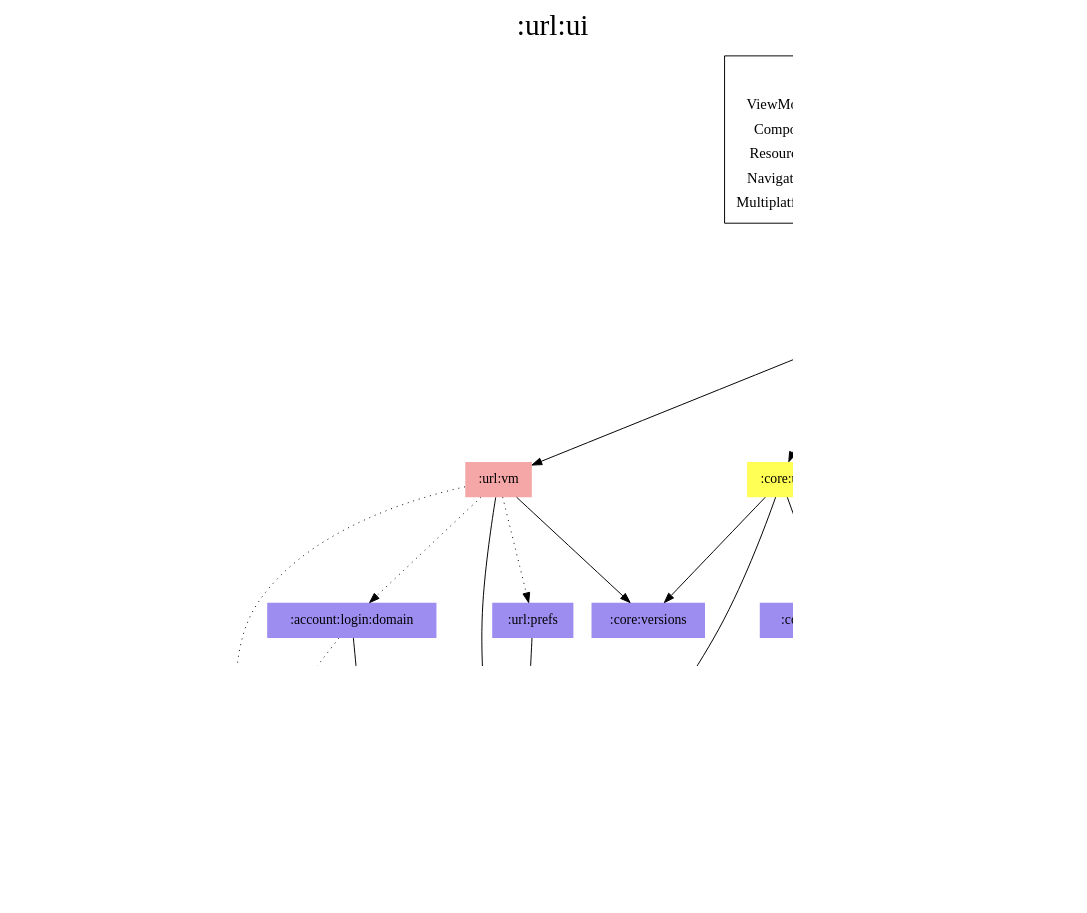
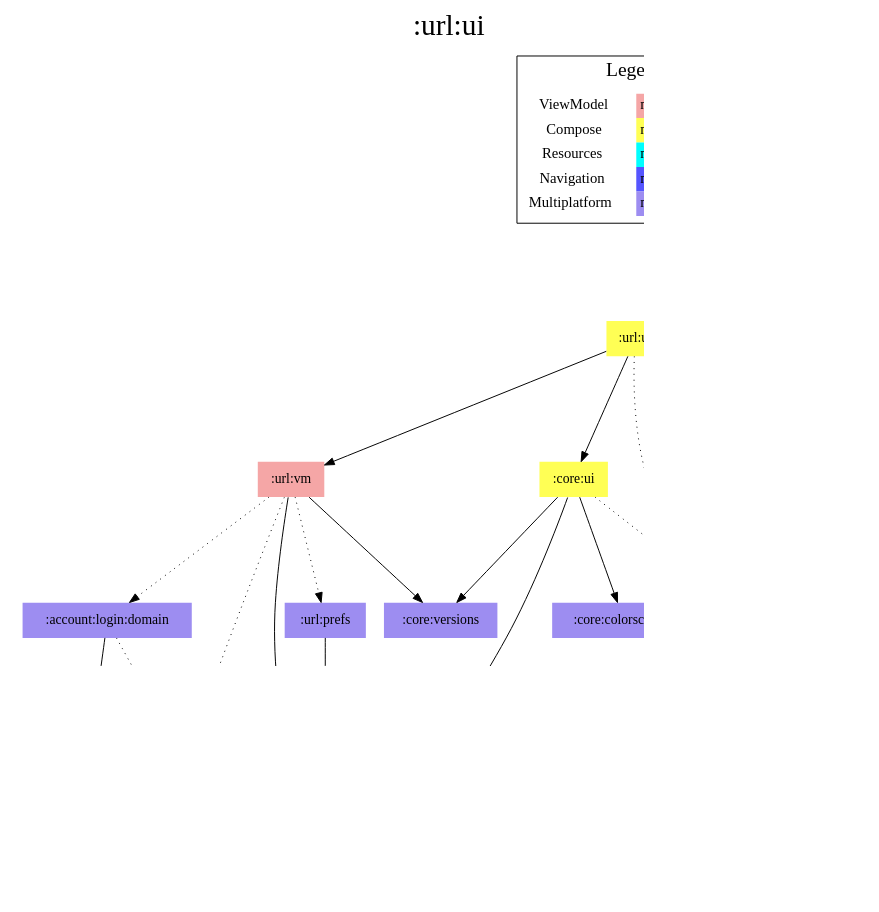
The diagram in modules/url/ui/project-dependency-graph.dot (jonapoul/aktual), drawn with Graphviz before and after one commit. The commit also changed 103 other files, not shown here.

```diff
--- a/modules/url/ui/project-dependency-graph.dot
+++ b/modules/url/ui/project-dependency-graph.dot
@@ -1,58 +1,56 @@
 digraph {
 edge ["dir"="forward"]
 graph ["dpi"="100","label"=":url:ui","labelloc"="t","fontsize"="30","ranksep"="1.5","rankdir"="TB"]
 node ["style"="filled"]
 ":account:login:domain" ["fillcolor"="#9D8DF1","shape"="none"]
 ":account:login:nav" ["fillcolor"="#5555FF","shape"="none"]
 ":account:model" ["fillcolor"="#9D8DF1","shape"="none"]
 ":api:actual" ["fillcolor"="#9D8DF1","shape"="none"]
 ":budget:model" ["fillcolor"="#9D8DF1","shape"="none"]
-":codegen:annotation" ["fillcolor"="#9D8DF1","shape"="none"]
 ":core:colorscheme" ["fillcolor"="#9D8DF1","shape"="none"]
 ":core:res" ["fillcolor"="#00FFFF","shape"="none"]
 ":core:ui" ["fillcolor"="#FFFF55","shape"="none"]
 ":core:versions" ["fillcolor"="#9D8DF1","shape"="none"]
 ":url:model" ["fillcolor"="#9D8DF1","shape"="none"]
 ":url:prefs" ["fillcolor"="#9D8DF1","shape"="none"]
 ":url:res" ["fillcolor"="#00FFFF","shape"="none"]
 ":url:ui" ["fillcolor"="#FFFF55","shape"="none"]
 ":url:vm" ["fillcolor"="#F5A6A6","shape"="none"]
 {
 edge ["dir"="none"]
 graph ["rank"="same"]
 }
 ":account:login:domain" -> ":account:model"
 ":account:login:domain" -> ":api:actual" ["style"="dotted"]
 ":api:actual" -> ":account:model"
 ":api:actual" -> ":budget:model"
-":api:actual" -> ":codegen:annotation" ["style"="dotted"]
 ":api:actual" -> ":url:model"
 ":core:ui" -> ":core:colorscheme"
 ":core:ui" -> ":core:res" ["style"="dotted"]
 ":core:ui" -> ":core:versions"
 ":core:ui" -> ":url:model"
 ":url:prefs" -> ":url:model"
 ":url:ui" -> ":account:login:nav" ["style"="dotted"]
 ":url:ui" -> ":core:res" ["style"="dotted"]
 ":url:ui" -> ":core:ui"
 ":url:ui" -> ":url:res" ["style"="dotted"]
 ":url:ui" -> ":url:vm"
 ":url:vm" -> ":account:login:domain" ["style"="dotted"]
 ":url:vm" -> ":api:actual" ["style"="dotted"]
 ":url:vm" -> ":core:versions"
 ":url:vm" -> ":url:model"
 ":url:vm" -> ":url:prefs" ["style"="dotted"]
 subgraph "cluster_legend" {
 edge ["dir"="none"]
 graph ["label"="Legend","fontsize"="20"]
 "Legend" ["style"="filled","fillcolor"="#FFFFFF","shape"="none","margin"="0","fontsize"="15","label"=<
 <TABLE BORDER="0" CELLBORDER="0" CELLSPACING="0" CELLPADDING="4">
 <TR><TD>ViewModel</TD><TD BGCOLOR="#F5A6A6">module-name</TD></TR>
 <TR><TD>Compose</TD><TD BGCOLOR="#FFFF55">module-name</TD></TR>
 <TR><TD>Resources</TD><TD BGCOLOR="#00FFFF">module-name</TD></TR>
 <TR><TD>Navigation</TD><TD BGCOLOR="#5555FF">module-name</TD></TR>
 <TR><TD>Multiplatform</TD><TD BGCOLOR="#9D8DF1">module-name</TD></TR>
 </TABLE>
 >]
 } -> ":url:ui" ["style"="invis"]
 }
```
